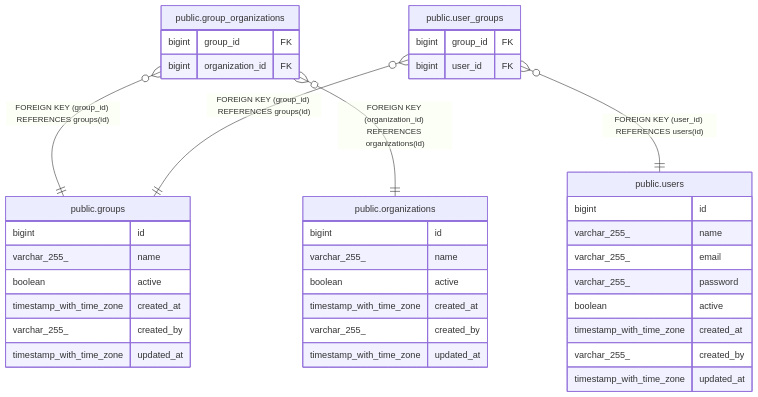
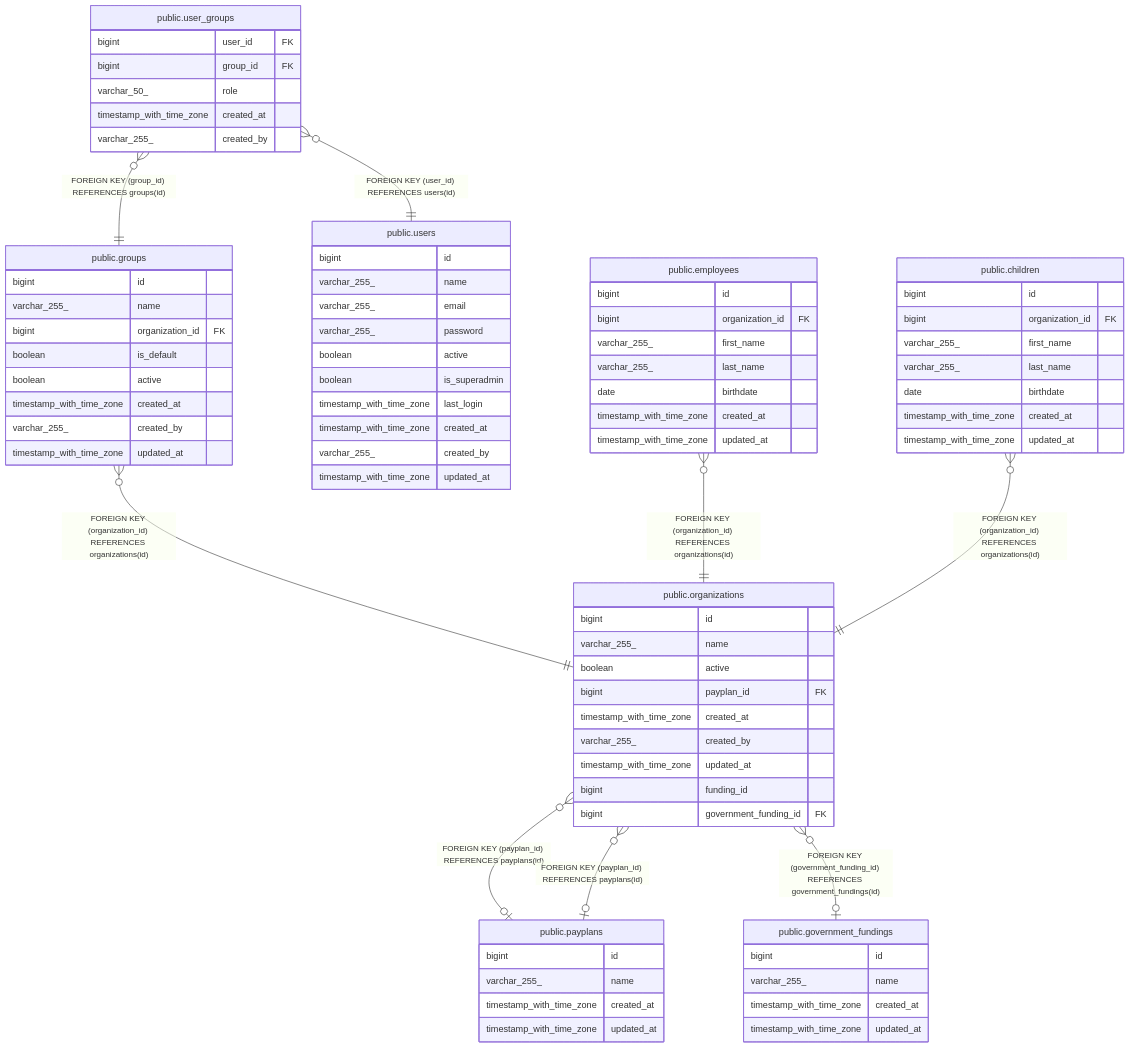
Before and after one commit to toabctl/kitamanager-go: the diagram in docs/schema/public.groups.md, drawn with Mermaid. The commit also changed other lines of this file and 41 other files, not shown here.

````diff
--- a/docs/schema/public.groups.md
+++ b/docs/schema/public.groups.md
@@ -32,34 +36,31 @@
 ```mermaid
 erDiagram
 
-"public.group_organizations" }o--|| "public.groups" : "FOREIGN KEY (group_id) REFERENCES groups(id)"
-"public.group_organizations" }o--|| "public.organizations" : "FOREIGN KEY (organization_id) REFERENCES organizations(id)"
 "public.user_groups" }o--|| "public.groups" : "FOREIGN KEY (group_id) REFERENCES groups(id)"
 "public.user_groups" }o--|| "public.users" : "FOREIGN KEY (user_id) REFERENCES users(id)"
+"public.groups" }o--|| "public.organizations" : "FOREIGN KEY (organization_id) REFERENCES organizations(id)"
+"public.employees" }o--|| "public.organizations" : "FOREIGN KEY (organization_id) REFERENCES organizations(id)"
+"public.children" }o--|| "public.organizations" : "FOREIGN KEY (organization_id) REFERENCES organizations(id)"
+"public.organizations" }o--o| "public.payplans" : "FOREIGN KEY (payplan_id) REFERENCES payplans(id)"
+"public.organizations" }o--o| "public.payplans" : "FOREIGN KEY (payplan_id) REFERENCES payplans(id)"
+"public.organizations" }o--o| "public.government_fundings" : "FOREIGN KEY (government_funding_id) REFERENCES government_fundings(id)"
 
 "public.groups" {
   bigint id
   varchar_255_ name
-  boolean active
-  timestamp_with_time_zone created_at
-  varchar_255_ created_by
-  timestamp_with_time_zone updated_at
-}
-"public.group_organizations" {
-  bigint group_id FK
   bigint organization_id FK
-}
-"public.organizations" {
-  bigint id
-  varchar_255_ name
+  boolean is_default
   boolean active
   timestamp_with_time_zone created_at
   varchar_255_ created_by
   timestamp_with_time_zone updated_at
 }
 "public.user_groups" {
+  bigint user_id FK
   bigint group_id FK
-  bigint user_id FK
+  varchar_50_ role
+  timestamp_with_time_zone created_at
+  varchar_255_ created_by
 }
 "public.users" {
   bigint id
@@ -67,8 +68,51 @@
   varchar_255_ email
   varchar_255_ password
   boolean active
+  boolean is_superadmin
+  timestamp_with_time_zone last_login
   timestamp_with_time_zone created_at
   varchar_255_ created_by
   timestamp_with_time_zone updated_at
 }
+"public.organizations" {
+  bigint id
+  varchar_255_ name
+  boolean active
+  bigint payplan_id FK
+  timestamp_with_time_zone created_at
+  varchar_255_ created_by
+  timestamp_with_time_zone updated_at
+  bigint funding_id
+  bigint government_funding_id FK
+}
+"public.employees" {
+  bigint id
+  bigint organization_id FK
+  varchar_255_ first_name
+  varchar_255_ last_name
+  date birthdate
+  timestamp_with_time_zone created_at
+  timestamp_with_time_zone updated_at
+}
+"public.children" {
+  bigint id
+  bigint organization_id FK
+  varchar_255_ first_name
+  varchar_255_ last_name
+  date birthdate
+  timestamp_with_time_zone created_at
+  timestamp_with_time_zone updated_at
+}
+"public.payplans" {
+  bigint id
+  varchar_255_ name
+  timestamp_with_time_zone created_at
+  timestamp_with_time_zone updated_at
+}
+"public.government_fundings" {
+  bigint id
+  varchar_255_ name
+  timestamp_with_time_zone created_at
+  timestamp_with_time_zone updated_at
+}
 ```
````
